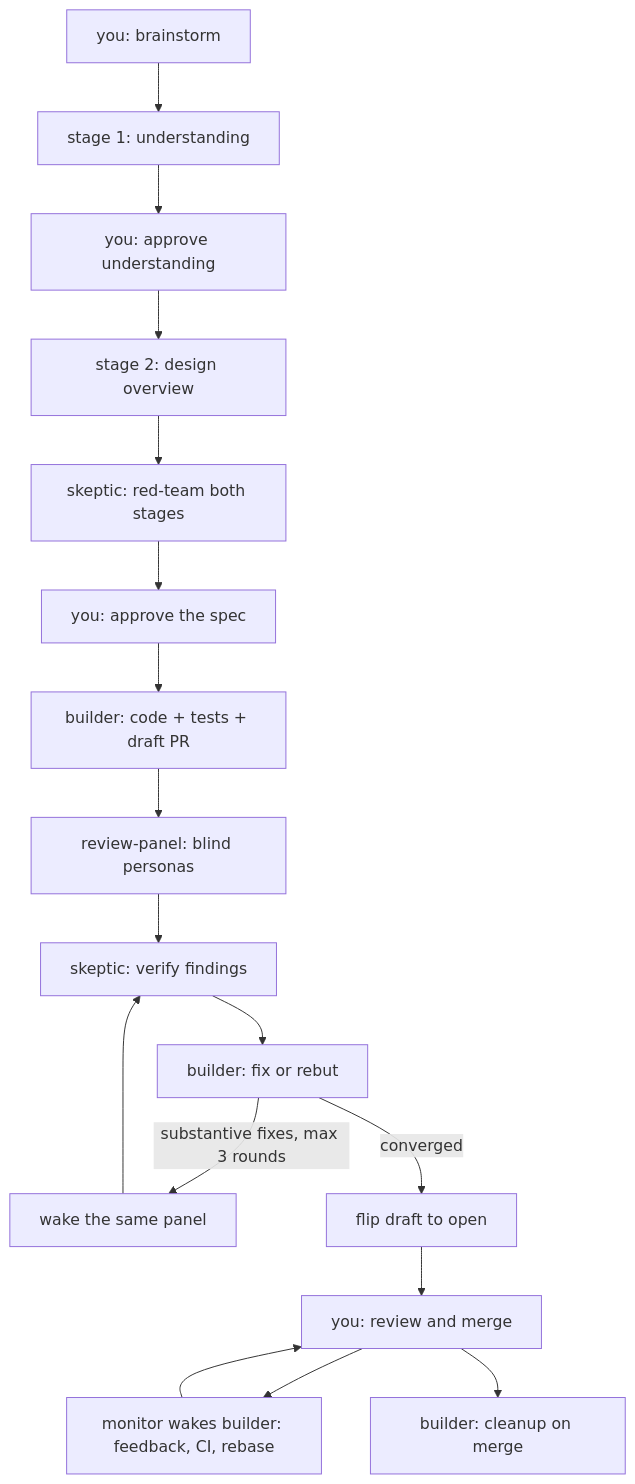
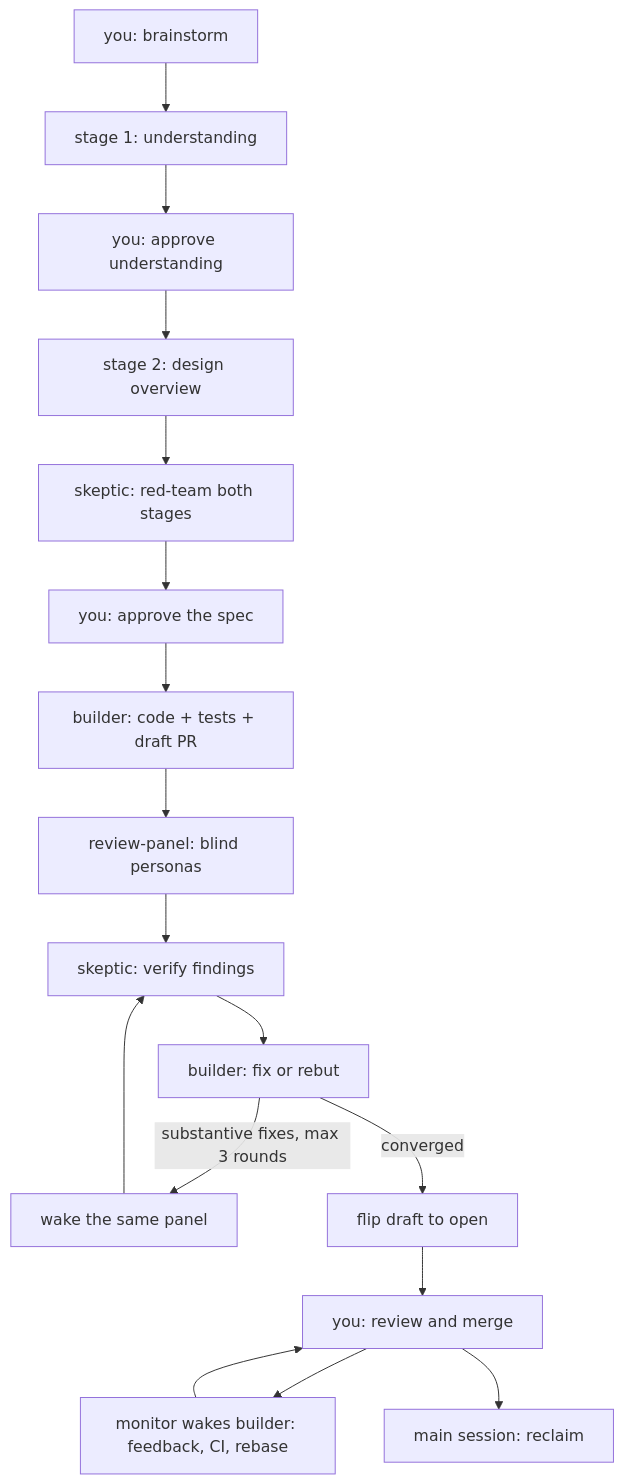
One commit to palazzem/claude-config changed the diagram in ARCHITECTURE.md. Above: the diagram before and after it, drawn with Mermaid. The commit also changed other lines of this file and 2 other files, not shown here.

Commit message:
Drop builder-cleanup claims from durable docs

````diff
--- a/ARCHITECTURE.md
+++ b/ARCHITECTURE.md
@@ -7,19 +7,19 @@
 ```mermaid
 flowchart TD
     Y1[you: brainstorm] --> U[stage 1: understanding]
     U --> Y2[you: approve understanding]
     Y2 --> D[stage 2: design overview]
     D --> R[skeptic: red-team both stages]
     R --> Y3[you: approve the spec]
     Y3 --> B[builder: code + tests + draft PR]
     B --> P[review-panel: blind personas]
     P --> S[skeptic: verify findings]
     S --> F[builder: fix or rebut]
     F -->|substantive fixes, max 3 rounds| W[wake the same panel]
     W --> S
     F -->|converged| O[flip draft to open]
     O --> Y4[you: review and merge]
     Y4 --> M[monitor wakes builder: feedback, CI, rebase]
     M --> Y4
-    Y4 --> C[builder: cleanup on merge]
+    Y4 --> C[main session: reclaim]
 ```
````
